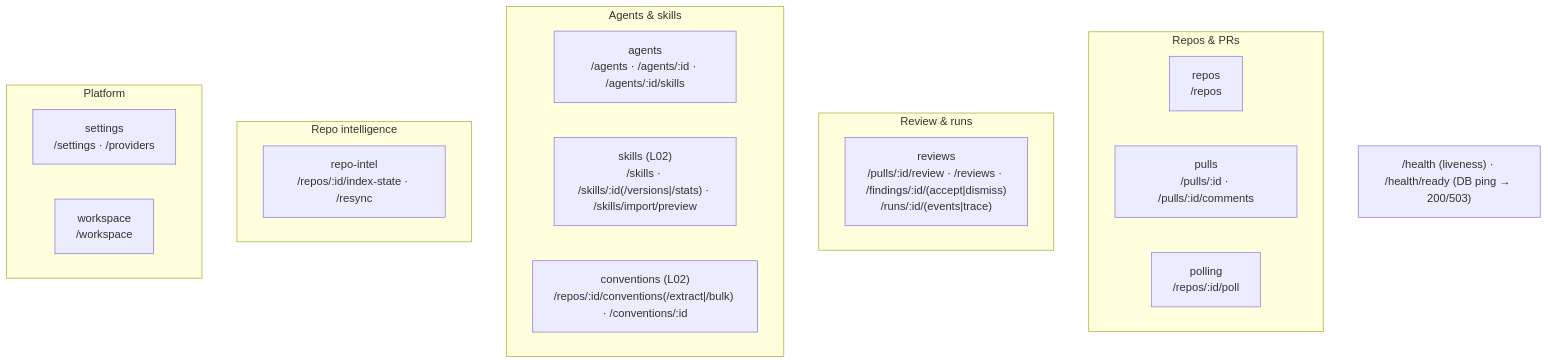
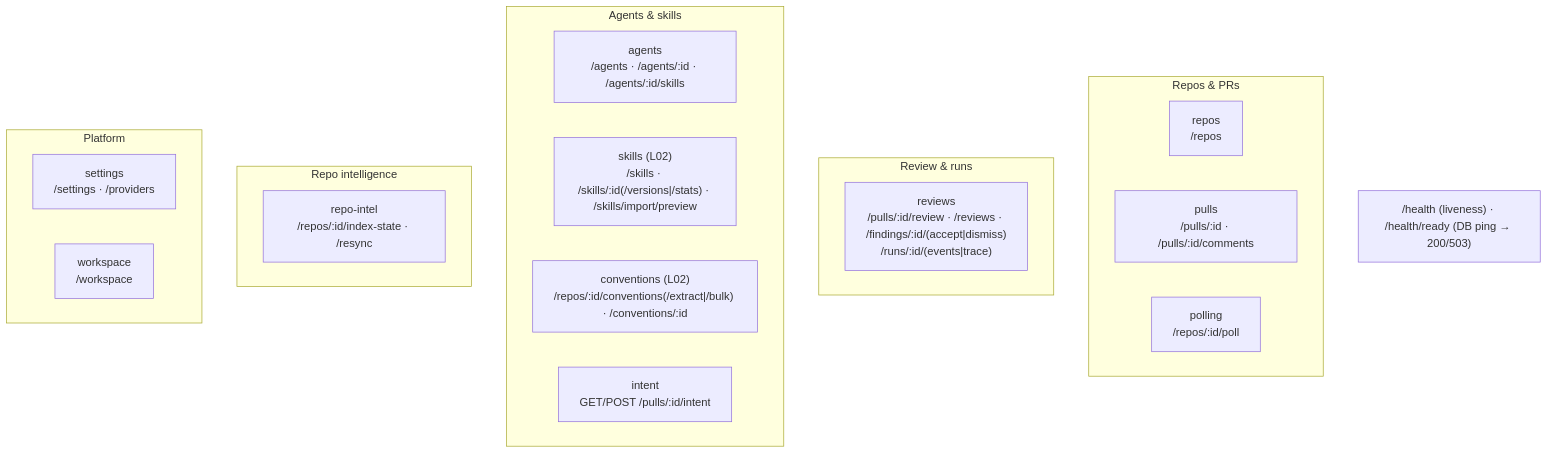
One commit to aptrnk1/dev-digest changed the second of 2 diagrams in server/README.md. Above: the diagram before and after it, drawn with Mermaid. The commit also changed other lines of this file and 19 other files, not shown here.

````diff
--- a/server/README.md
+++ b/server/README.md
@@ -64,24 +64,25 @@
 ```mermaid
 flowchart TB
   subgraph Repos_PRs["Repos & PRs"]
     repos["repos<br/>/repos"]
     pulls["pulls<br/>/pulls/:id · /pulls/:id/comments"]
     polling["polling<br/>/repos/:id/poll"]
   end
   subgraph Review["Review & runs"]
     reviews["reviews<br/>/pulls/:id/review · /reviews · /findings/:id/(accept|dismiss)<br/>/runs/:id/(events|trace)"]
   end
   subgraph Agents["Agents & skills"]
     agents["agents<br/>/agents · /agents/:id · /agents/:id/skills"]
     skills["skills (L02)<br/>/skills · /skills/:id(/versions|/stats) · /skills/import/preview"]
     conventions["conventions (L02)<br/>/repos/:id/conventions(/extract|/bulk) · /conventions/:id"]
+    intent["intent<br/>GET/POST /pulls/:id/intent"]
   end
   subgraph Intel["Repo intelligence"]
     repoIntel["repo-intel<br/>/repos/:id/index-state · /resync"]
   end
   subgraph Platform["Platform"]
     settings["settings<br/>/settings · /providers"]
     workspace["workspace<br/>/workspace"]
   end
   HEALTH["/health (liveness) · /health/ready (DB ping → 200/503)"]
 ```
````
